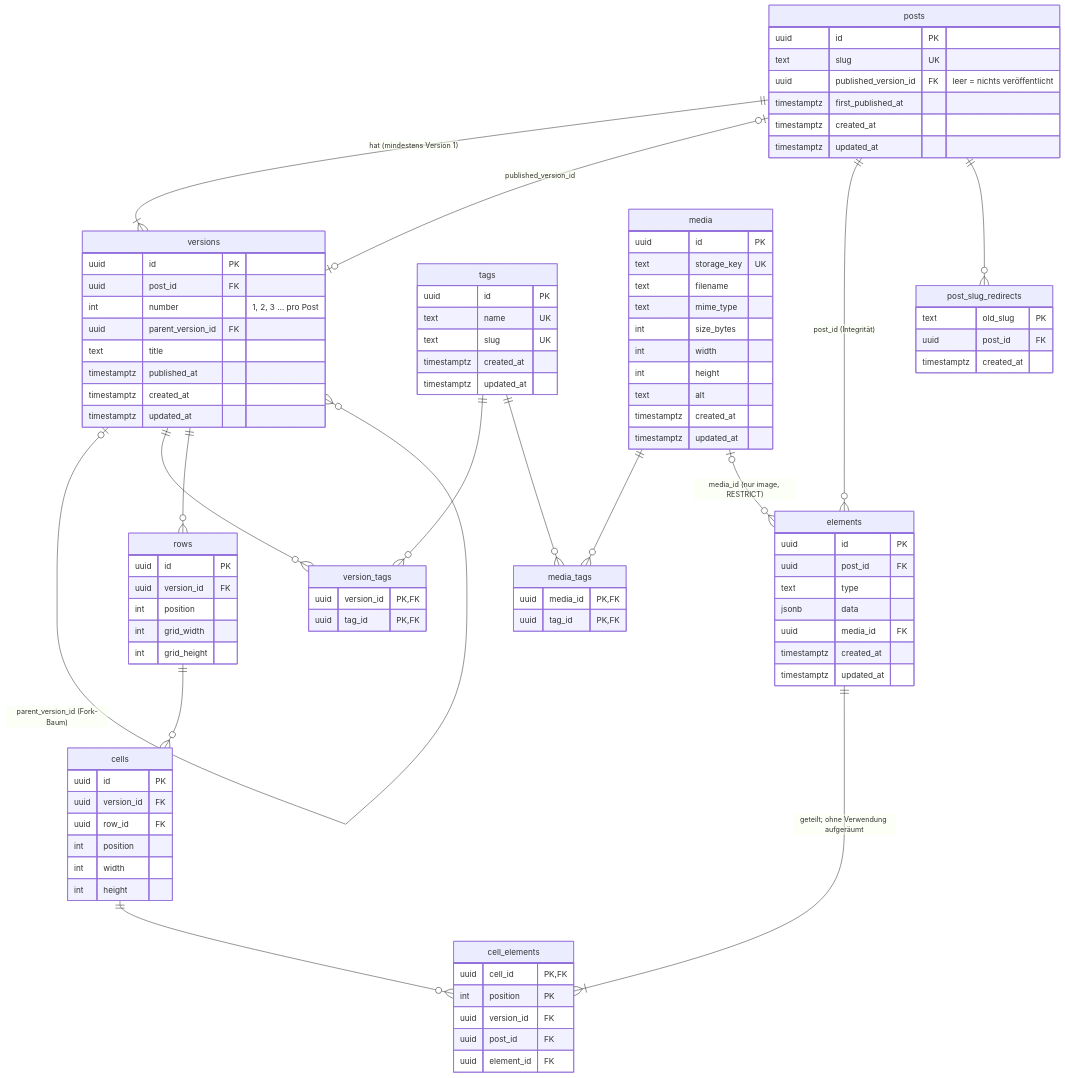
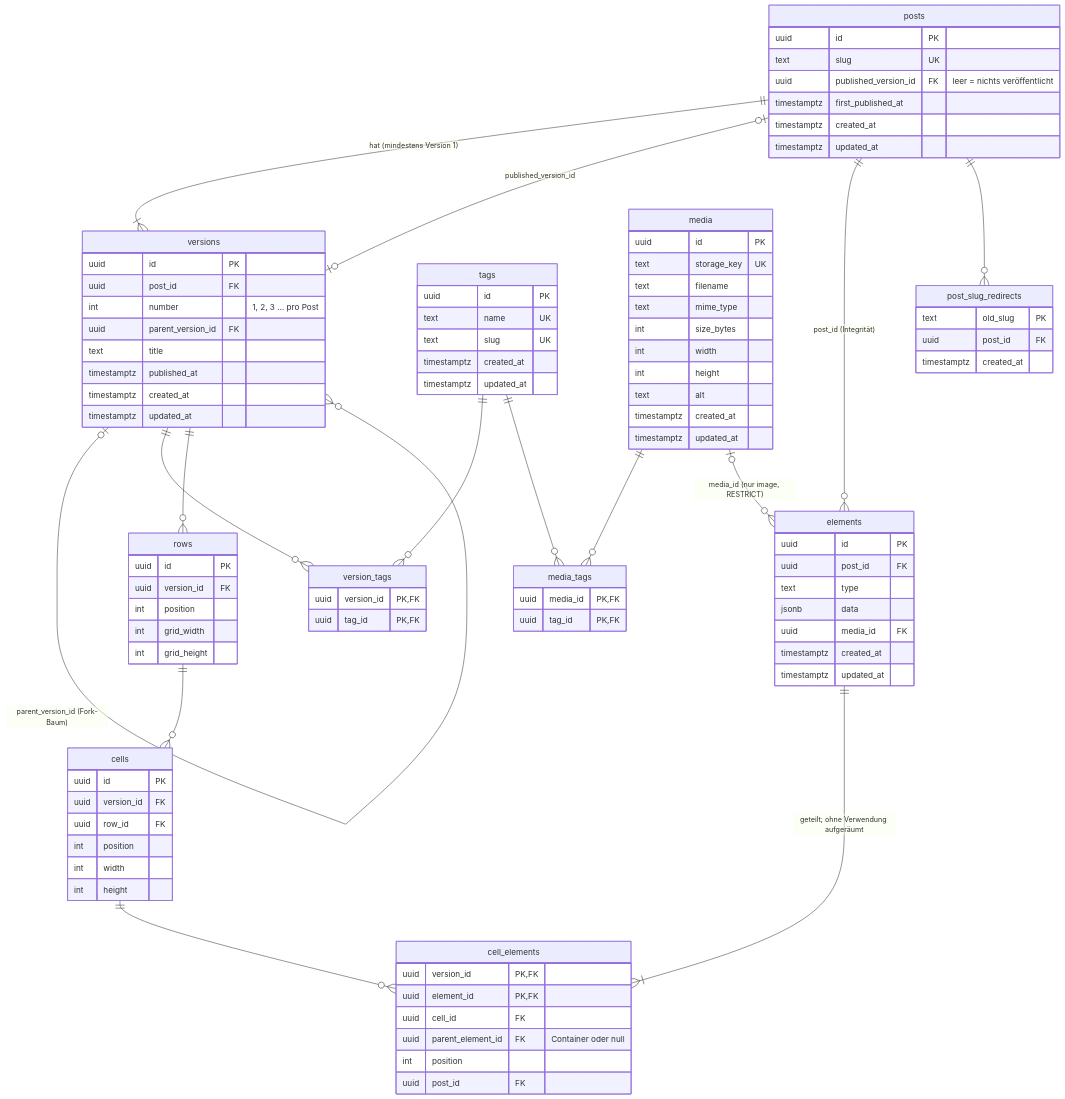
One commit to weedukind/root-yourself changed the diagram in docs/concept.md. Above: the diagram before and after it, drawn with Mermaid. The commit also changed other lines of this file and 28 other files, not shown here.

```diff
--- a/docs/concept.md
+++ b/docs/concept.md
@@ -296,11 +317,12 @@
         int height
     }
     cell_elements {
-        uuid cell_id PK,FK
-        int position PK
-        uuid version_id FK
+        uuid version_id PK,FK
+        uuid element_id PK,FK
+        uuid cell_id FK
+        uuid parent_element_id FK "Container oder null"
+        int position
         uuid post_id FK
-        uuid element_id FK
     }
     elements {
         uuid id PK
```
